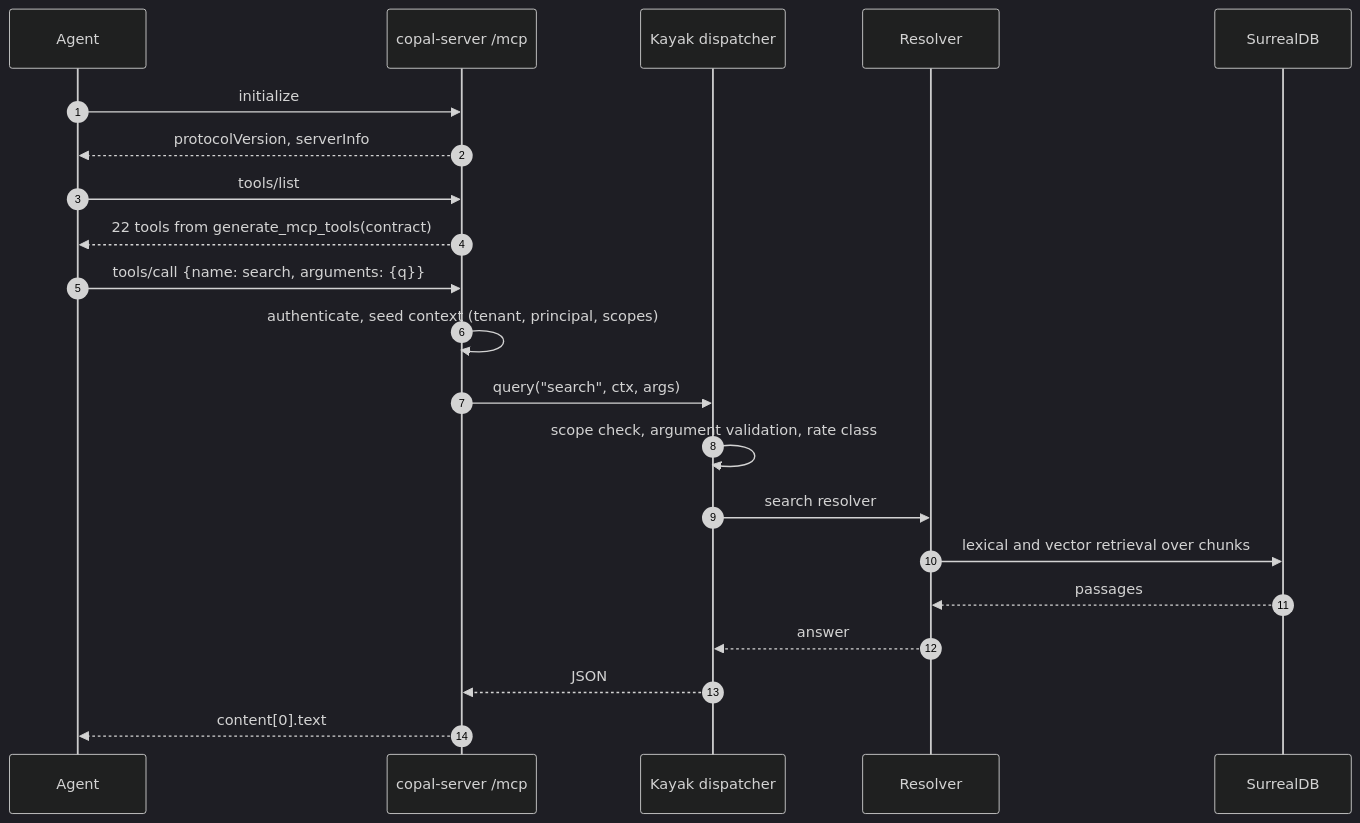
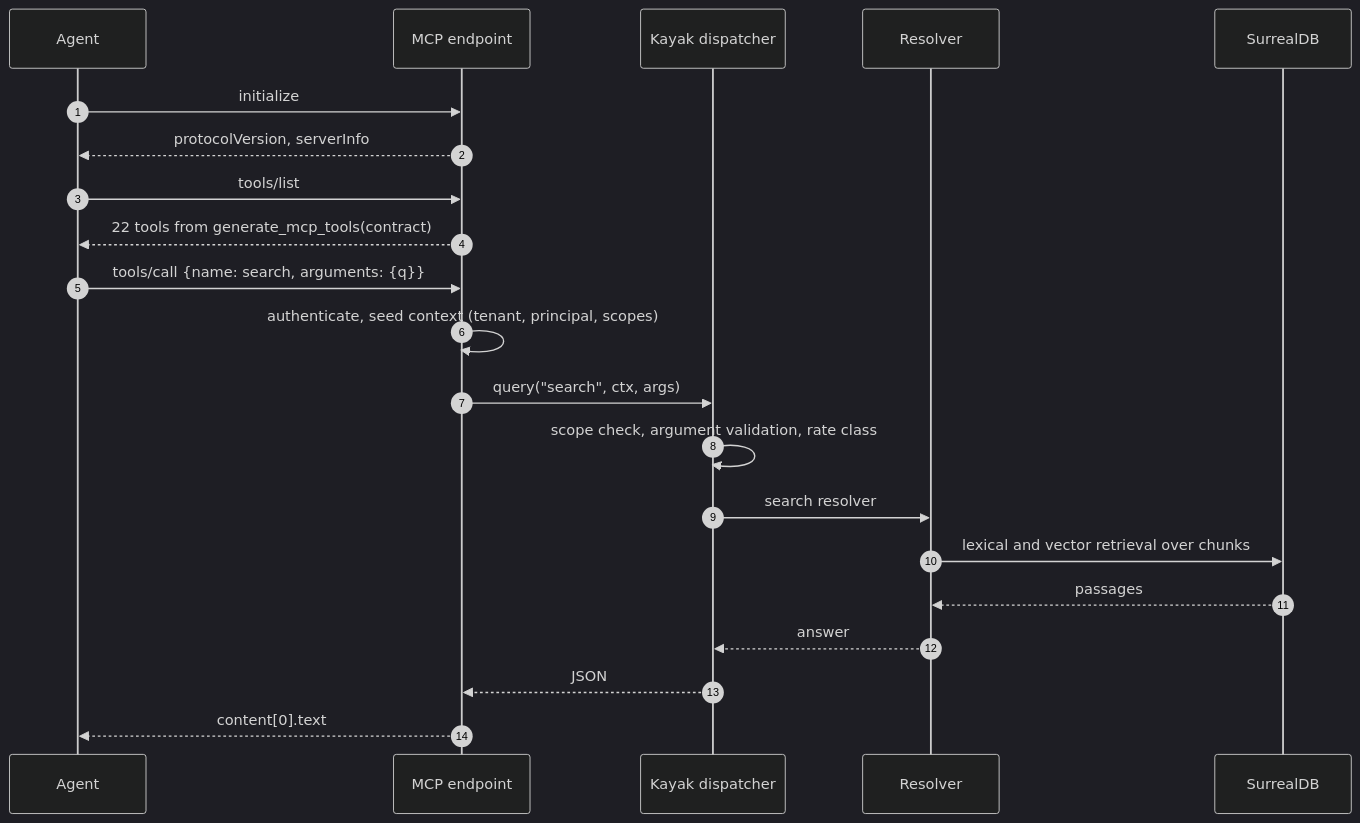
The third of 7 diagrams in docs/sequences.md (Oneiriq/copal), drawn with Mermaid (dark theme) before and after one commit. The commit also changed other lines of this file and 33 other files, not shown here.

````diff
--- a/docs/sequences.md
+++ b/docs/sequences.md
@@ -89,24 +97,24 @@
 ```mermaid
 sequenceDiagram
     autonumber
     participant A as Agent
-    participant S as copal-server /mcp
+    participant S as MCP endpoint
     participant D as Kayak dispatcher
     participant R as Resolver
     participant M as SurrealDB
 
     A->>S: initialize
     S-->>A: protocolVersion, serverInfo
     A->>S: tools/list
     S-->>A: 22 tools from generate_mcp_tools(contract)
     A->>S: tools/call {name: search, arguments: {q}}
     S->>S: authenticate, seed context (tenant, principal, scopes)
     S->>D: query("search", ctx, args)
     D->>D: scope check, argument validation, rate class
     D->>R: search resolver
     R->>M: lexical and vector retrieval over chunks
     M-->>R: passages
     R-->>D: answer
     D-->>S: JSON
     S-->>A: content[0].text
 ```
````
